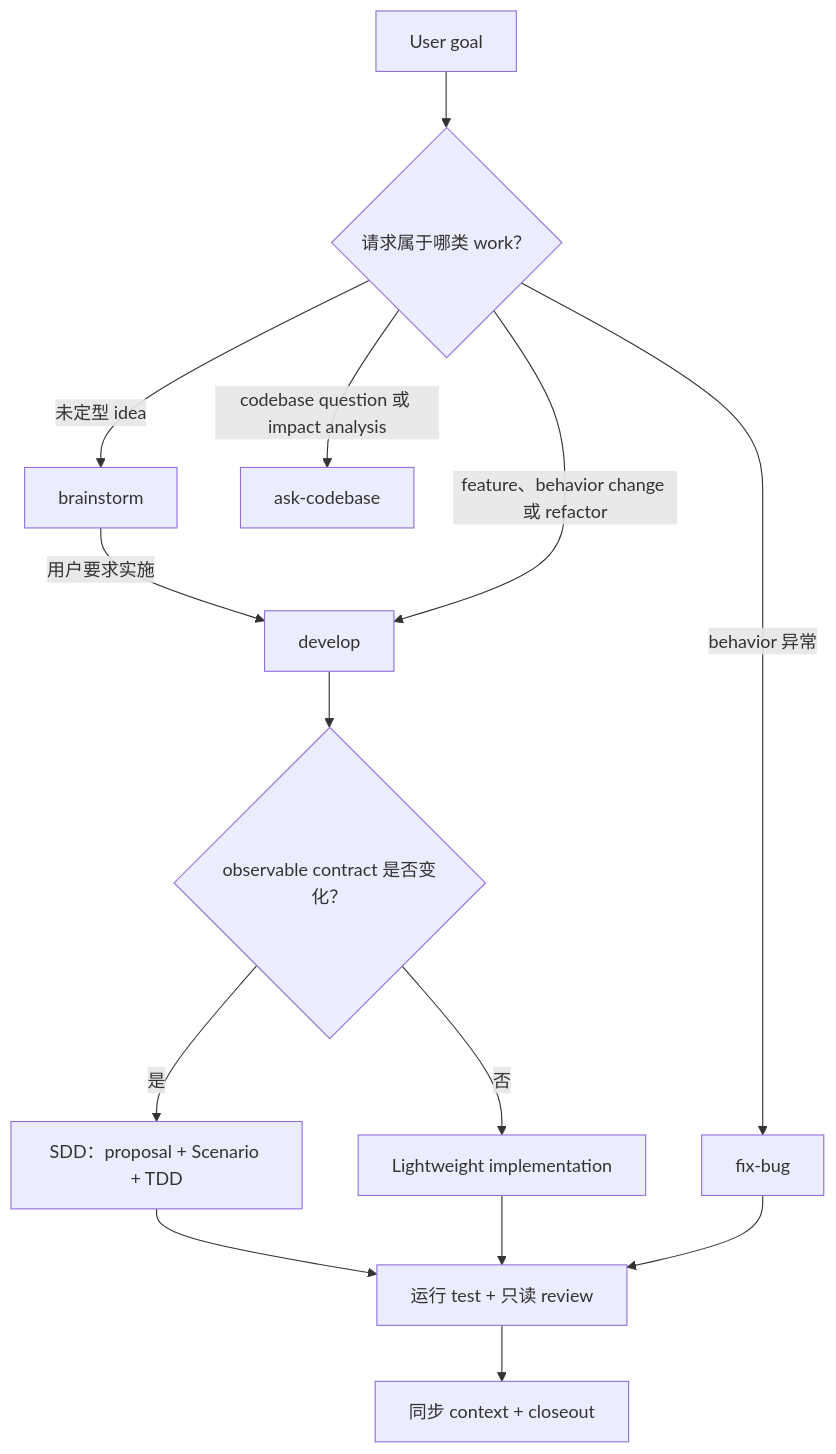
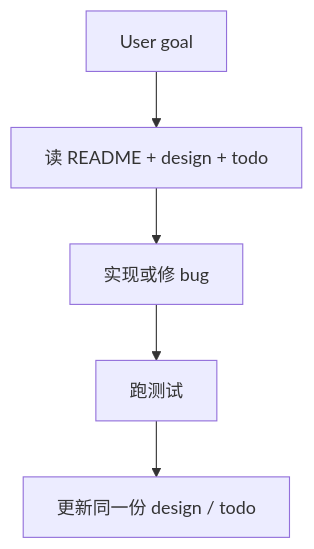
The diagram in README.md (icelemon-czy/project-compass), drawn with Mermaid before and after one commit. The commit also changed other lines of this file and 53 other files, not shown here.

````diff
--- a/README.md
+++ b/README.md
@@ -23,16 +21,7 @@
 ```mermaid
 flowchart TD
-    A["User goal"] --> B{"请求属于哪类 work？"}
-    B -->|未定型 idea| C["brainstorm"]
-    C -->|用户要求实施| D["develop"]
-    B -->|feature、behavior change 或 refactor| D
-    B -->|behavior 异常| E["fix-bug"]
-    B -->|codebase question 或 impact analysis| F["ask-codebase"]
-    D --> G{"observable contract 是否变化？"}
-    G -->|是| H["SDD：proposal + Scenario + TDD"]
-    G -->|否| I["Lightweight implementation"]
-    H --> J["运行 test + 只读 review"]
-    I --> J
-    E --> J
-    J --> K["同步 context + closeout"]
+    A["User goal"] --> B["读 README + design + todo"]
+    B --> C["实现或修 bug"]
+    C --> D["跑测试"]
+    D --> E["更新同一份 design / todo"]
 ```
````
